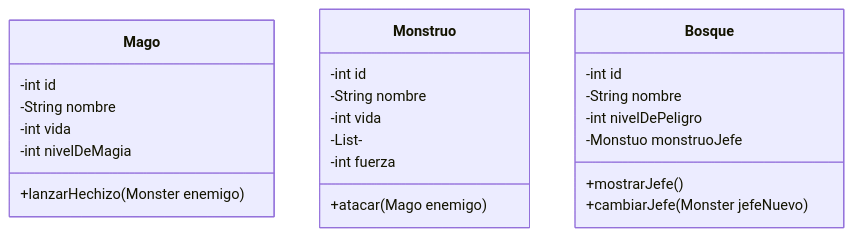
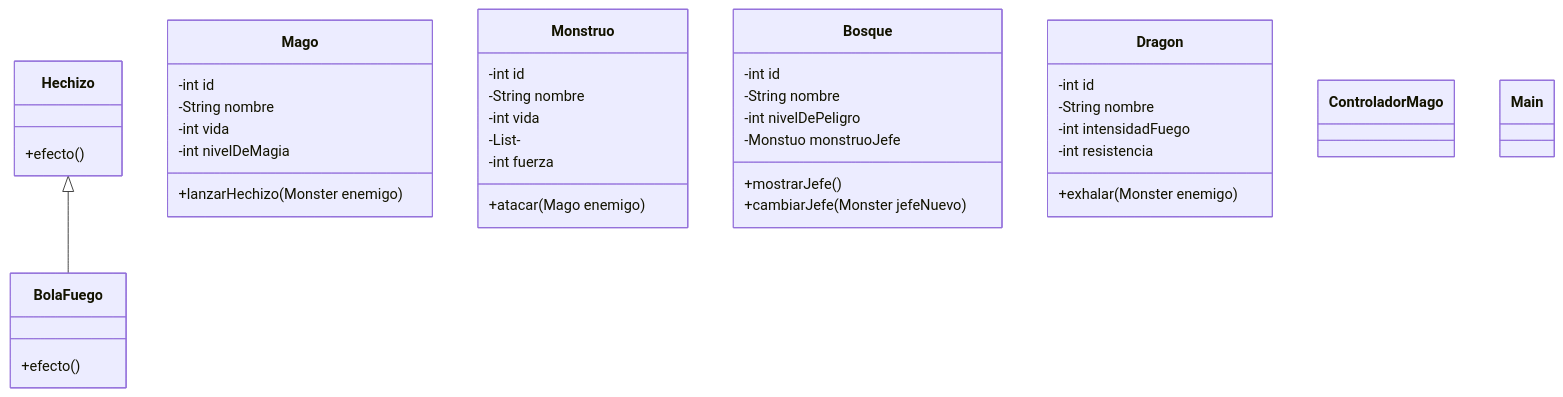
The first of 2 diagrams in readme.md (adriamPaz/drago), drawn with Mermaid before and after one commit. The commit also changed other lines of this file and 4 other files, not shown here.

````diff
--- a/readme.md
+++ b/readme.md
@@ -6,26 +6,46 @@
 ```mermaid
 classDiagram
+   Hechizo <|-- BolaFuego
     class Mago{
       -int id
       -String nombre
       -int vida
       -int nivelDeMagia
       +lanzarHechizo(Monster enemigo)
     }
     class Monstruo{
       -int id
       -String nombre
       -int vida
       -List-
       -int fuerza
       +atacar(Mago enemigo)
     }
     class Bosque{
       -int id
       -String nombre
       -int nivelDePeligro
       -Monstuo monstruoJefe
       +mostrarJefe()
       +cambiarJefe(Monster jefeNuevo)
     }
+    class Dragon{
+      -int id
+      -String nombre
+      -int intensidadFuego
+      -int resistencia
+      +exhalar(Monster enemigo)
+    }
+    class Hechizo{
+      +efecto()
+    }
+    class BolaFuego{
+      +efecto()
+    }
+    class ControladorMago{
+
+    }
+    class Main{
+
+    }
 ```
````
